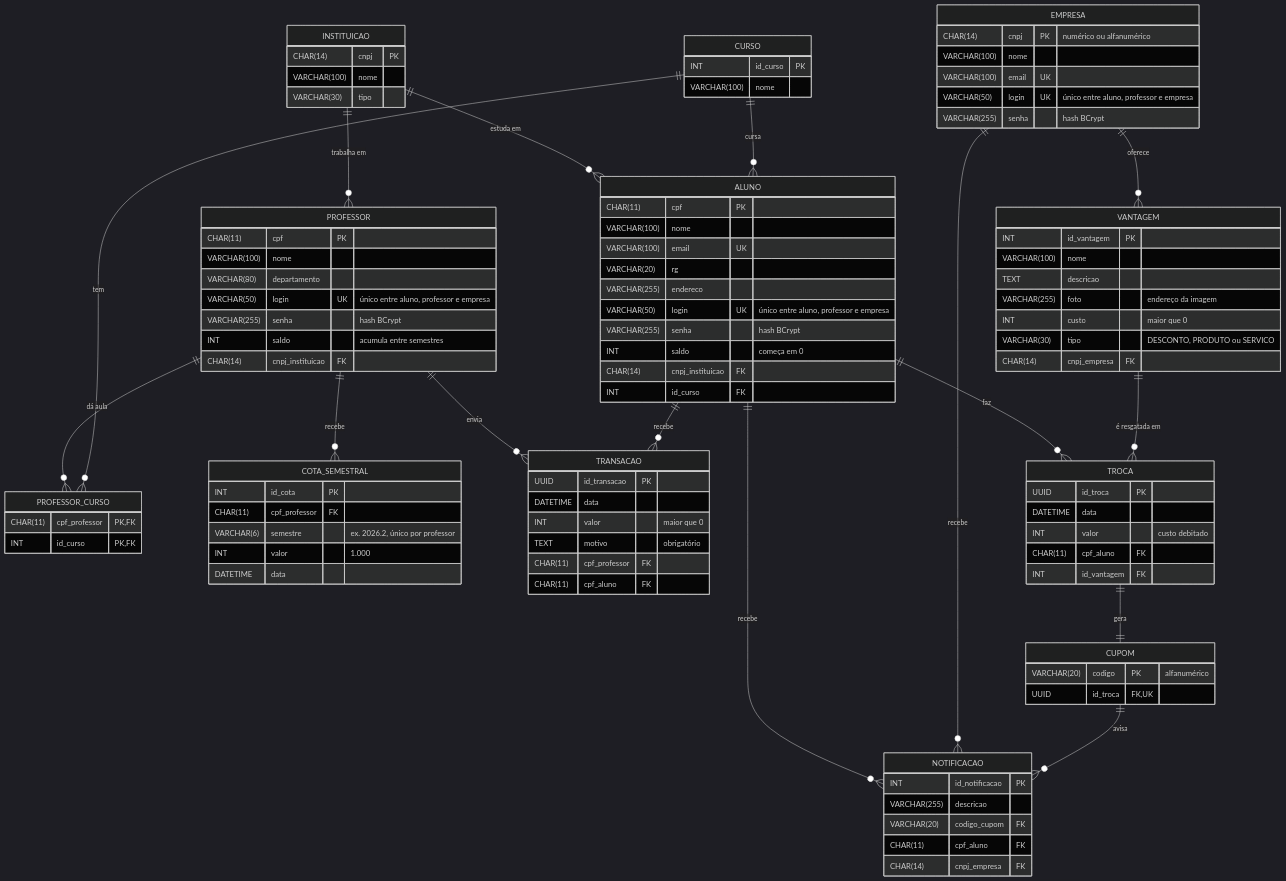
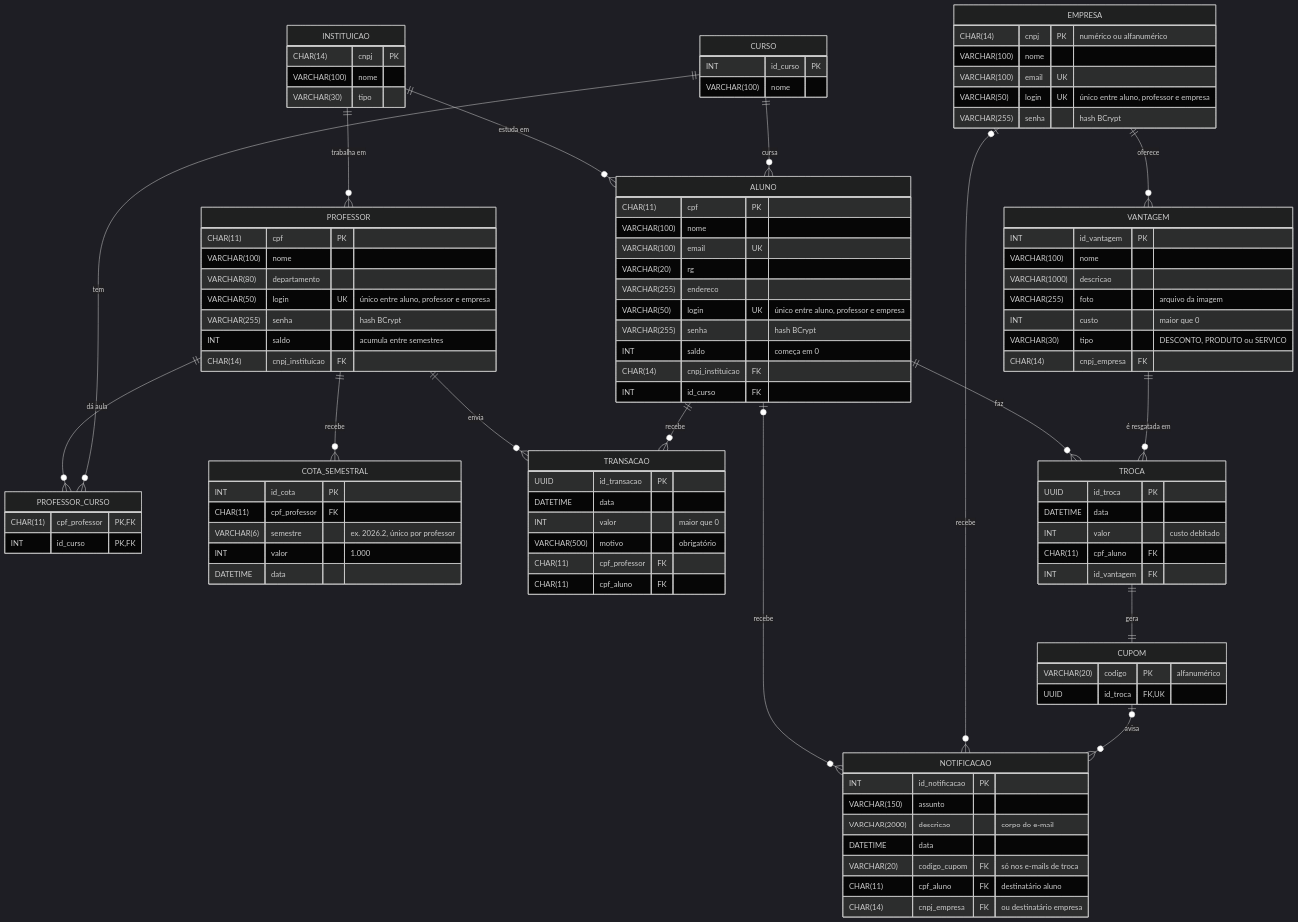
One commit to catmaitachi/egon changed the diagram in docs/Sprint 2/Modelo de Dados.md. Above: the diagram before and after it, drawn with Mermaid (dark theme). The commit also changed other lines of this file and 95 other files, not shown here.

````diff
--- a/docs/Sprint 2/Modelo de Dados.md
+++ b/docs/Sprint 2/Modelo de Dados.md
@@ -38,9 +39,9 @@
     ALUNO ||--o{ TROCA : "faz"
     VANTAGEM ||--o{ TROCA : "é resgatada em"
     TROCA ||--|| CUPOM : "gera"
-    ALUNO ||--o{ NOTIFICACAO : "recebe"
-    EMPRESA ||--o{ NOTIFICACAO : "recebe"
-    CUPOM ||--o{ NOTIFICACAO : "avisa"
+    ALUNO |o--o{ NOTIFICACAO : "recebe"
+    EMPRESA |o--o{ NOTIFICACAO : "recebe"
+    CUPOM |o--o{ NOTIFICACAO : "avisa"
 
     INSTITUICAO {
         CHAR(14) cnpj PK
@@ -94,15 +95,15 @@
         UUID id_transacao PK
         DATETIME data
         INT valor "maior que 0"
-        TEXT motivo "obrigatório"
+        VARCHAR(500) motivo "obrigatório"
         CHAR(11) cpf_professor FK
         CHAR(11) cpf_aluno FK
     }
     VANTAGEM {
         INT id_vantagem PK
         VARCHAR(100) nome
-        TEXT descricao
-        VARCHAR(255) foto "endereço da imagem"
+        VARCHAR(1000) descricao
+        VARCHAR(255) foto "arquivo da imagem"
         INT custo "maior que 0"
         VARCHAR(30) tipo "DESCONTO, PRODUTO ou SERVICO"
         CHAR(14) cnpj_empresa FK
@@ -120,9 +121,11 @@
     }
     NOTIFICACAO {
         INT id_notificacao PK
-        VARCHAR(255) descricao
-        VARCHAR(20) codigo_cupom FK
-        CHAR(11) cpf_aluno FK
-        CHAR(14) cnpj_empresa FK
+        VARCHAR(150) assunto
+        VARCHAR(2000) descricao "corpo do e-mail"
+        DATETIME data
+        VARCHAR(20) codigo_cupom FK "só nos e-mails de troca"
+        CHAR(11) cpf_aluno FK "destinatário aluno"
+        CHAR(14) cnpj_empresa FK "ou destinatário empresa"
     }
 ```
````
